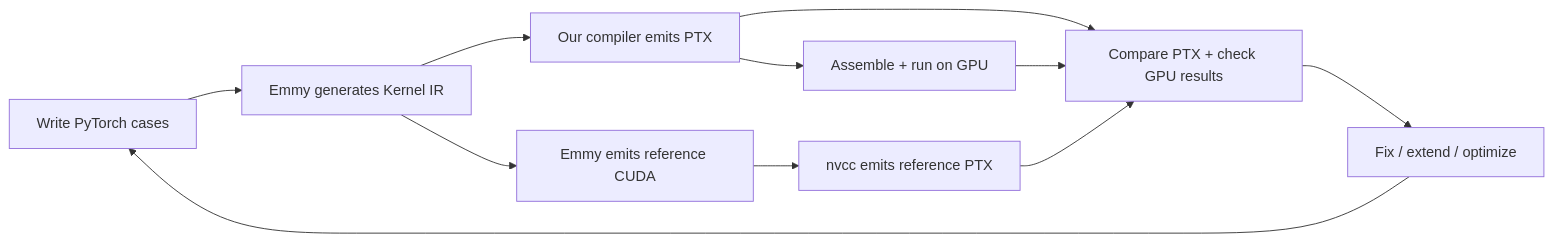
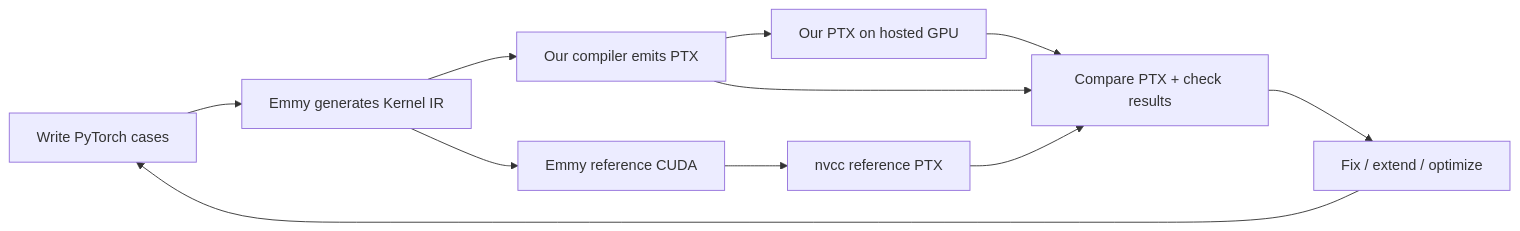
The first of 2 diagrams in COMPILER_WALKTHROUGH.md (Ali-Nawed/emmy-ptx-compiler), drawn with Mermaid before and after one commit. The commit also changed other lines of this file and 11 other files, not shown here.

````diff
--- a/COMPILER_WALKTHROUGH.md
+++ b/COMPILER_WALKTHROUGH.md
@@ -9,13 +7,13 @@
 ```mermaid
 flowchart LR
     A[Write PyTorch cases] --> B[Emmy generates Kernel IR]
     B --> C[Our compiler emits PTX]
-    B --> R[Emmy emits reference CUDA]
-    R --> N[nvcc emits reference PTX]
-    C --> D[Assemble + run on GPU]
-    C --> E[Compare PTX + check GPU results]
+    B --> R[Emmy reference CUDA]
+    R --> N[nvcc reference PTX]
+    C --> D[Our PTX on hosted GPU]
+    C --> E[Compare PTX + check results]
+    N --> E
     D --> E
-    N --> E
     E --> F[Fix / extend / optimize]
     F --> A
 ```
````
